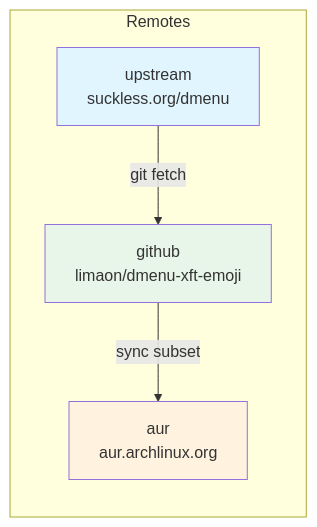
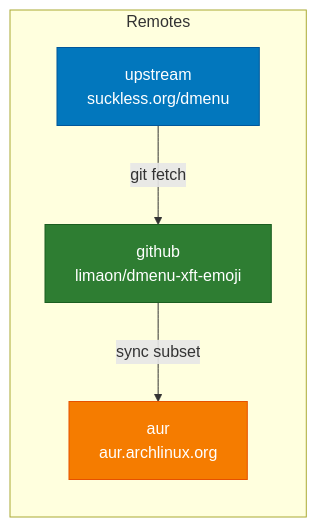
The first of 4 diagrams in README.md (limaon/dmenu-xft-emoji), drawn with Mermaid before and after one commit. The commit also changed other lines of this file and 10 other files, not shown here.

````diff
--- a/README.md
+++ b/README.md
@@ -34,15 +82,15 @@
 ```mermaid
 graph LR
     subgraph "Remotes"
         U[upstream<br/>suckless.org/dmenu]
         G[github<br/>limaon/dmenu-xft-emoji]
         A[aur<br/>aur.archlinux.org]
     end
 
     U -->|"git fetch"| G
     G -->|"sync subset"| A
 
-    style U fill:#e1f5fe
-    style G fill:#e8f5e9
-    style A fill:#fff3e0
+    style U fill:#0277bd,stroke:#01579b,color:#fff
+    style G fill:#2e7d32,stroke:#1b5e20,color:#fff
+    style A fill:#f57c00,stroke:#e65100,color:#fff
 ```
````
